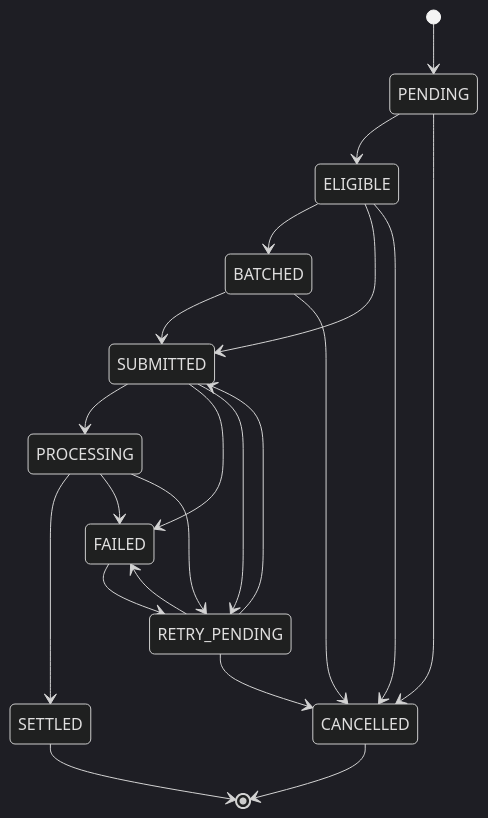
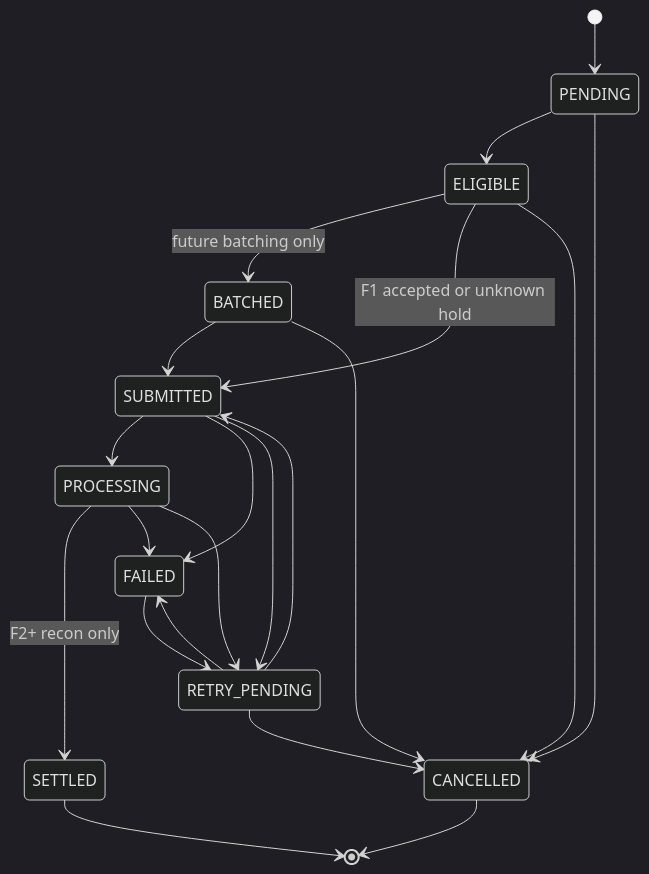
The diagram in docs/design/money/settlement-state.md (MR0808/sparelane-architecture), drawn with Mermaid (dark theme) before and after one commit. The commit also changed other lines of this file and 36 other files, not shown here.

````diff
--- a/docs/design/money/settlement-state.md
+++ b/docs/design/money/settlement-state.md
@@ -40,31 +42,31 @@
 ```mermaid
 stateDiagram-v2
     [*] --> PENDING
 
     PENDING --> ELIGIBLE
     PENDING --> CANCELLED
 
-    ELIGIBLE --> BATCHED
-    ELIGIBLE --> SUBMITTED
+    ELIGIBLE --> BATCHED: future batching only
+    ELIGIBLE --> SUBMITTED: F1 accepted or unknown hold
     ELIGIBLE --> CANCELLED
 
     BATCHED --> SUBMITTED
     BATCHED --> CANCELLED
 
     SUBMITTED --> PROCESSING
     SUBMITTED --> FAILED
     SUBMITTED --> RETRY_PENDING
 
-    PROCESSING --> SETTLED
+    PROCESSING --> SETTLED: F2+ recon only
     PROCESSING --> FAILED
     PROCESSING --> RETRY_PENDING
 
     FAILED --> RETRY_PENDING
 
     RETRY_PENDING --> SUBMITTED
     RETRY_PENDING --> FAILED
     RETRY_PENDING --> CANCELLED
 
     SETTLED --> [*]
     CANCELLED --> [*]
 ```
````
